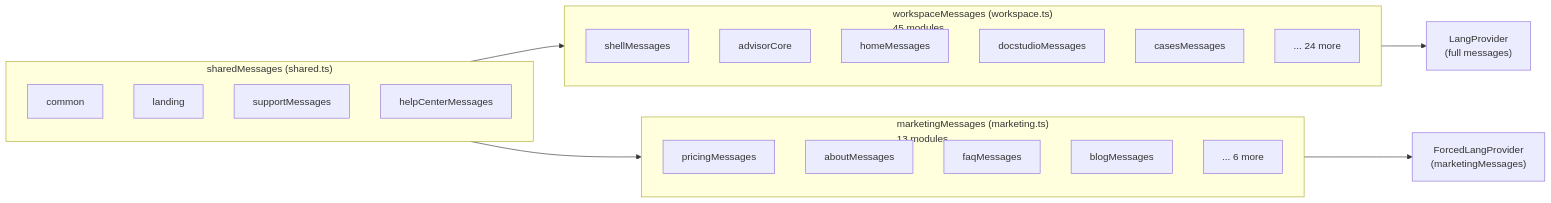
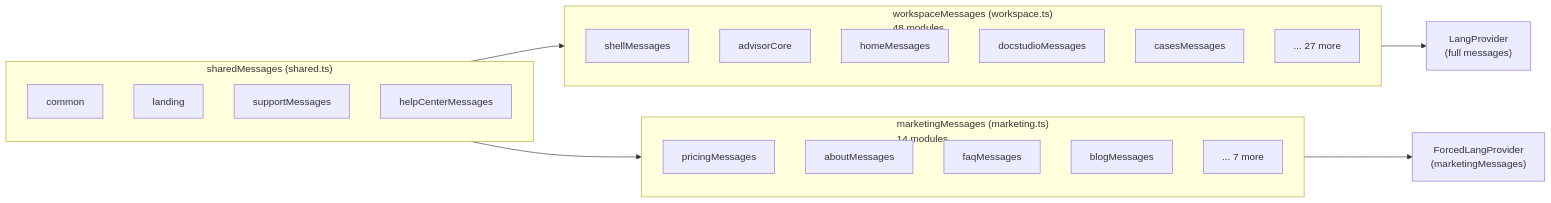
One commit to Dutiva-Canada/Dutiva_Web changed the third of 5 diagrams in docs/wiki/Core-i18n-Types-Providers.md. Above: the diagram before and after it, drawn with Mermaid. The commit also changed other lines of this file and 107 other files, not shown here.

````diff
--- a/docs/wiki/Core-i18n-Types-Providers.md
+++ b/docs/wiki/Core-i18n-Types-Providers.md
@@ -303,32 +303,32 @@
 ```mermaid
 flowchart LR
     subgraph SharedGroup["sharedMessages (shared.ts)"]
         common["common"]
         landing["landing"]
         support["supportMessages"]
         helpCenter["helpCenterMessages"]
     end
 
-    subgraph WorkspaceGroup["workspaceMessages (workspace.ts)\n45 modules"]
+    subgraph WorkspaceGroup["workspaceMessages (workspace.ts)\n48 modules"]
         shell["shellMessages"]
         advisorCore["advisorCore"]
         home["homeMessages"]
         docstudio["docstudioMessages"]
         cases["casesMessages"]
-        etc1["... 24 more"]
+        etc1["... 27 more"]
     end
 
-    subgraph MarketingGroup["marketingMessages (marketing.ts)\n13 modules"]
+    subgraph MarketingGroup["marketingMessages (marketing.ts)\n14 modules"]
         pricing["pricingMessages"]
         about["aboutMessages"]
         faq["faqMessages"]
         blog["blogMessages"]
-        etc2["... 6 more"]
+        etc2["... 7 more"]
     end
 
     SharedGroup --> WorkspaceGroup
     SharedGroup --> MarketingGroup
 
     WorkspaceGroup --> LP2["LangProvider\n(full messages)"]
     MarketingGroup --> FLP2["ForcedLangProvider\n(marketingMessages)"]
 ```
````
